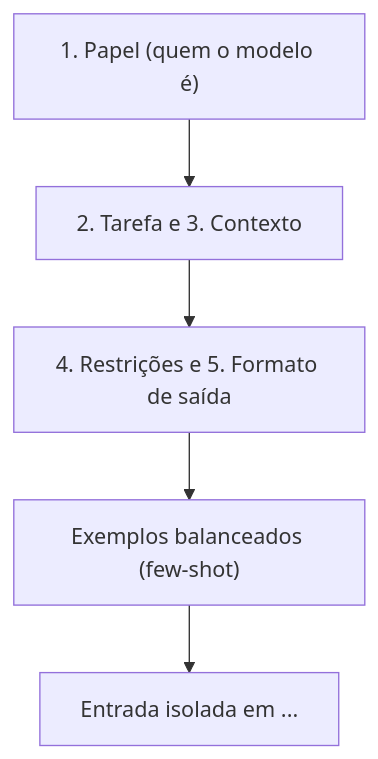
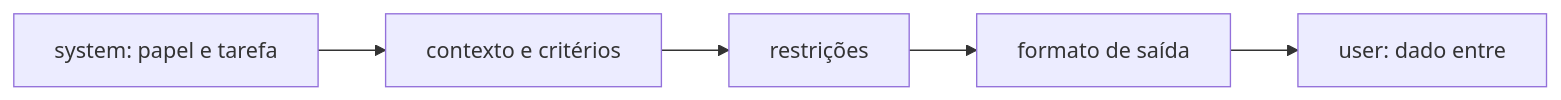
One commit to Lip3Bazinga/v0-level-usp-project changed the diagram in content/cursos/n7-engenharia-de-ia/02-prompting/01-principios-de-prompting.lvl.md. Above: the diagram before and after it, drawn with Mermaid. The commit also changed other lines of this file and 20 other files, not shown here.

````diff
--- a/content/cursos/n7-engenharia-de-ia/02-prompting/01-principios-de-prompting.lvl.md
+++ b/content/cursos/n7-engenharia-de-ia/02-prompting/01-principios-de-prompting.lvl.md
@@ -26,7 +42,7 @@
 ```mermaid
-flowchart TD
-    A["1. Papel (quem o modelo é)"] --> B["2. Tarefa e 3. Contexto"]
-    B --> C["4. Restrições e 5. Formato de saída"]
-    C --> D["Exemplos balanceados (few-shot)"]
-    D --> E["Entrada isolada em <entrada>...</entrada>"]
+flowchart LR
+    A["system: papel e tarefa"] --> B["contexto e critérios"]
+    B --> C["restrições"]
+    C --> D["formato de saída"]
+    D --> E["user: dado entre <entrada>"]
 ```
````
